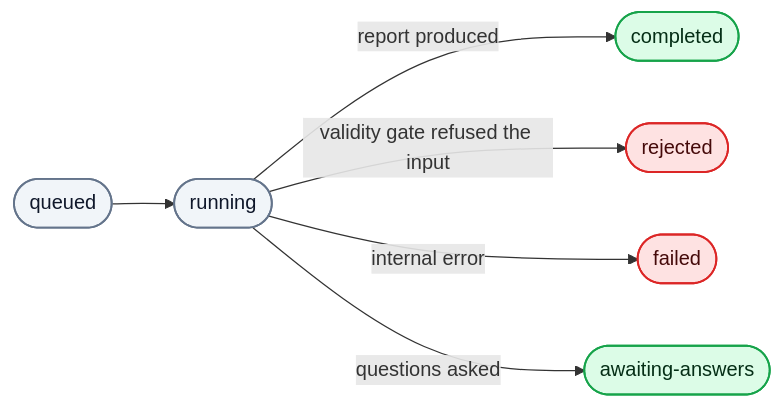
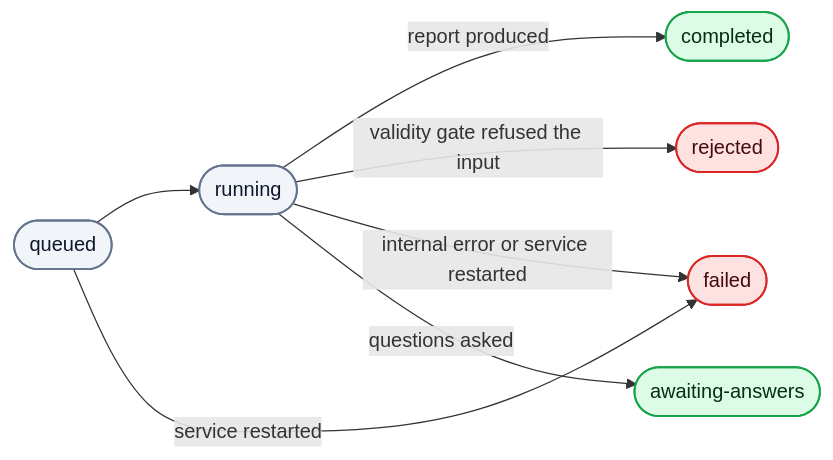
One commit to mstarks01/work-agent changed the diagram in docs/HTTP-API.md. Above: the diagram before and after it, drawn with Mermaid. The commit also changed other lines of this file and 5 other files, not shown here.

First line of the commit message:
Fail a queued or running job at startup with the restart scan

````diff
--- a/docs/HTTP-API.md
+++ b/docs/HTTP-API.md
@@ -79,15 +79,16 @@
 ```mermaid
 flowchart LR
     queued([queued]) --> running([running])
+    queued -- service restarted --> failed
     running -- report produced --> completed([completed])
     running -- validity gate refused the input --> rejected([rejected])
-    running -- internal error --> failed([failed])
+    running -- internal error or service restarted --> failed([failed])
     running -- questions asked --> awaiting([awaiting-answers])
 
     classDef live fill:#f1f5f9,stroke:#64748b,stroke-width:1.5px,color:#0f172a
     classDef good fill:#dcfce7,stroke:#16a34a,stroke-width:1.5px,color:#052e16
     classDef bad fill:#fee2e2,stroke:#dc2626,stroke-width:1.5px,color:#450a0a
     class queued,running live
     class completed,awaiting good
     class rejected,failed bad
 ```
````
